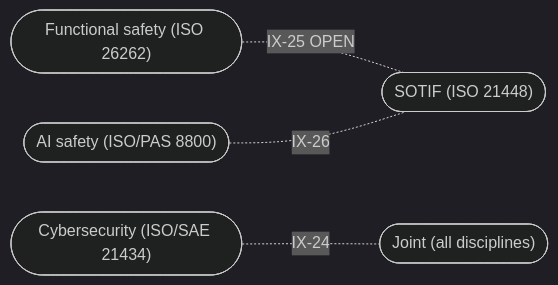
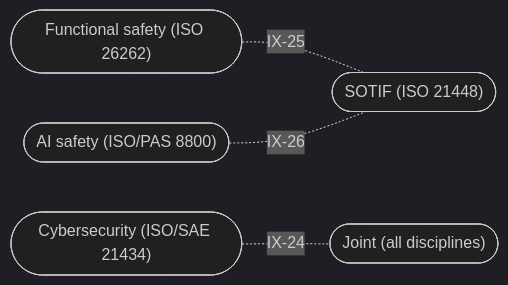
The second of 2 diagrams in assurance/process/maps/g5-validation-and-release.md (jherrodthomas/LionDriver), drawn with Mermaid (dark theme) before and after one commit. The commit also changed other lines of this file and 7 other files, not shown here.

````diff
--- a/assurance/process/maps/g5-validation-and-release.md
+++ b/assurance/process/maps/g5-validation-and-release.md
@@ -71,11 +71,11 @@
 ```mermaid
 flowchart LR
   joint(["Joint (all disciplines)"])
   fusa(["Functional safety (ISO 26262)"])
   sotif(["SOTIF (ISO 21448)"])
   ai(["AI safety (ISO/PAS 8800)"])
   cs(["Cybersecurity (ISO/SAE 21434)"])
   cs -. "IX-24" .- joint
-  fusa -. "IX-25 OPEN" .- sotif
+  fusa -. "IX-25" .- sotif
   ai -. "IX-26" .- sotif
 ```
````
